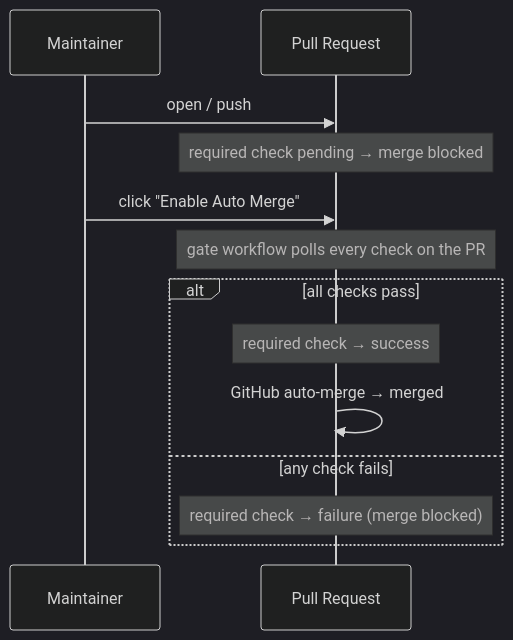
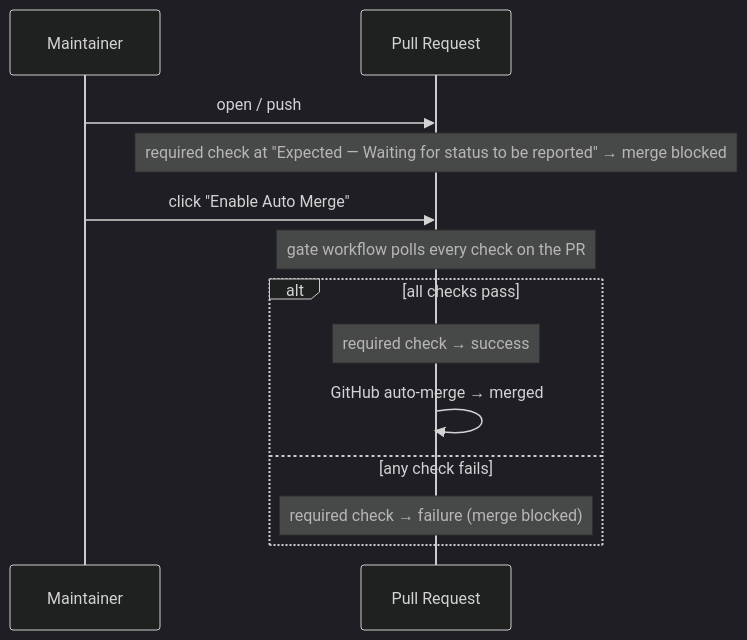
Before and after one commit to pkgdeps/check-suite-gate: the diagram in README.md, drawn with Mermaid (dark theme). The commit also changed other lines of this file and 2 other files, not shown here.

````diff
--- a/README.md
+++ b/README.md
@@ -17,18 +17,18 @@
 ```mermaid
 sequenceDiagram
     participant U as Maintainer
     participant PR as Pull Request
 
     U->>PR: open / push
-    Note over PR: required check pending → merge blocked
+    Note over PR: required check at "Expected — Waiting for status to be reported" → merge blocked
 
     U->>PR: click "Enable Auto Merge"
     Note over PR: gate workflow polls every check on the PR
 
     alt all checks pass
         Note over PR: required check → success
         PR->>PR: GitHub auto-merge → merged
     else any check fails
         Note over PR: required check → failure (merge blocked)
     end
 ```
````
